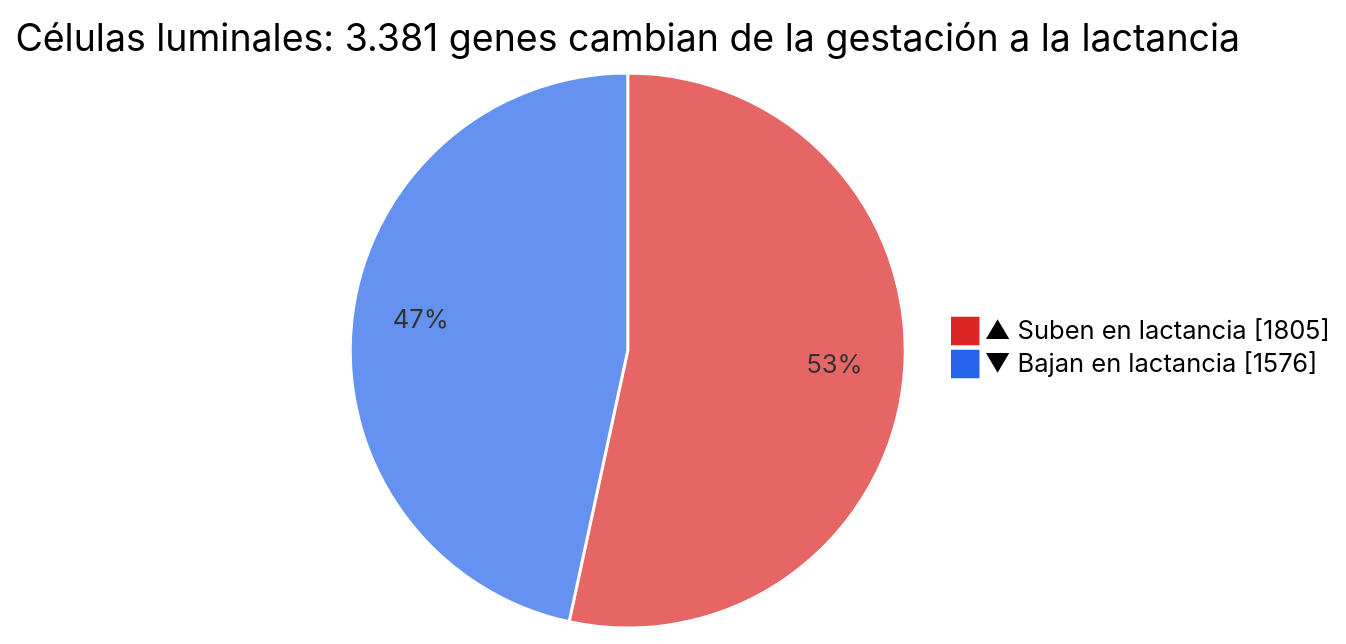
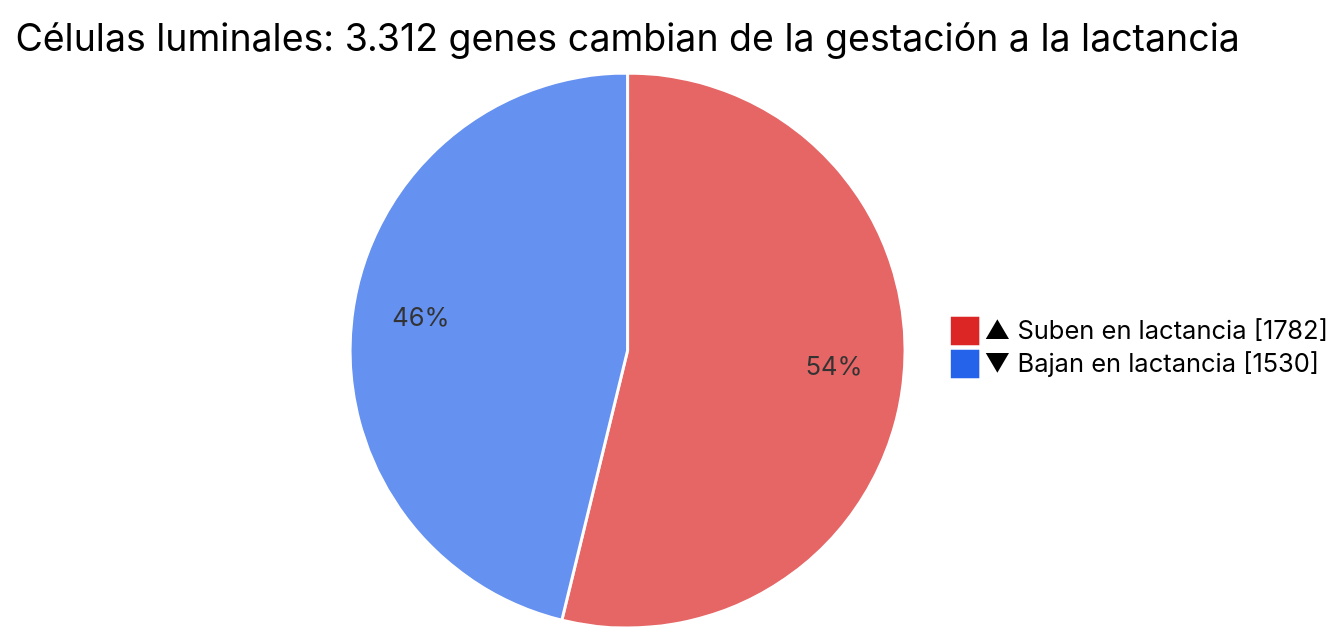
One commit to AndoniM12/ngs-pipelines changed the sixth of 8 diagrams in README.md. Above: the diagram before and after it, drawn with Mermaid. The commit also changed other lines of this file, not shown here.

Commit message:
Actualizar resultados de expresión diferencial con la ejecución de de_analysis.R

````diff
--- a/README.md
+++ b/README.md
@@ -524,7 +526,7 @@
 ```mermaid
 %%{init: {"themeVariables": {"pie1": "#dc2626", "pie2": "#2563eb", "pieStrokeColor": "#ffffff", "pieOuterStrokeWidth": "0px"}}}%%
 pie showData
-    title Células luminales: 3.381 genes cambian de la gestación a la lactancia
-    "▲ Suben en lactancia" : 1805
-    "▼ Bajan en lactancia" : 1576
+    title Células luminales: 3.312 genes cambian de la gestación a la lactancia
+    "▲ Suben en lactancia" : 1782
+    "▼ Bajan en lactancia" : 1530
 ```
````
